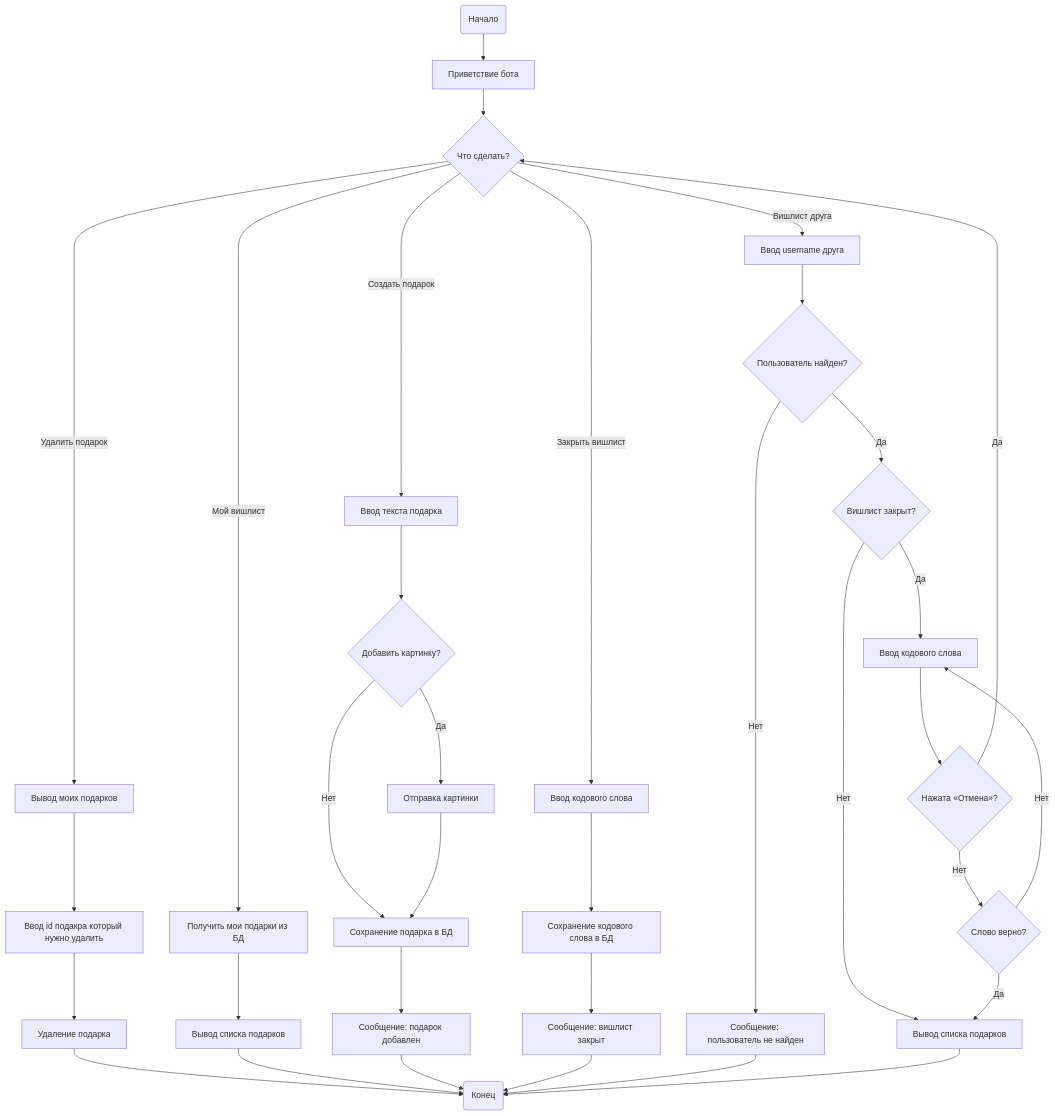
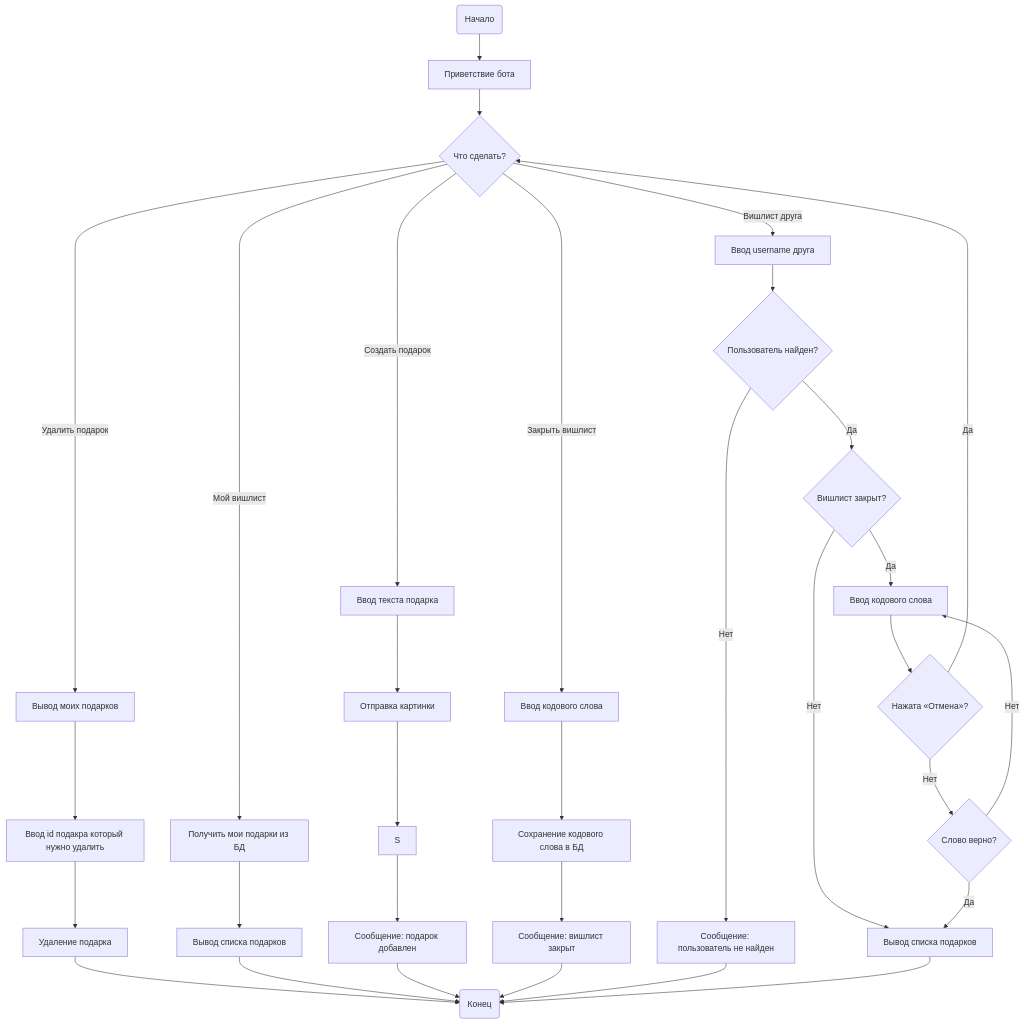
One commit to Dunwitch666/Wish-list-telegram-bot changed the diagram in README.md. Above: the diagram before and after it, drawn with Mermaid.

Commit message:
Revorked the add new gift scenary in the readme

````diff
--- a/README.md
+++ b/README.md
@@ -10,45 +10,43 @@
 ```mermaid
 flowchart TD
     Start(Начало) --> A[Приветствие бота]
     A --> B{Что сделать?}
 
     B --> |Мой вишлист| C[Получить мои подарки из БД]
     B --> |Вишлист друга| D[Ввод username друга]
     B --> |Создать подарок| K[Ввод текста подарка]
     B --> |Закрыть вишлист| L[Ввод кодового слова]
     B --> |Удалить подарок| AA[Вывод моих подарков]
 
     AA --> AB[Ввод id подакра который нужно удалить]
     AB --> AC[Удаление подарка]
     AC --> End
 
     C --> M[Вывод списка подарков]
 
-    K --> Q{Добавить картинку?}
-    Q --> |Да| R[Отправка картинки]
-    Q --> |Нет| S[Сохранение подарка в БД]
+    K --> R[Отправка картинки]
     R --> S
     S --> T["Сообщение: подарок добавлен"]
 
     L --> U[Сохранение кодового слова в БД]
     U --> V["Сообщение: вишлист закрыт"]
 
     D --> X{Пользователь найден?}
     X --> |Нет| Y["Сообщение: пользователь не найден"]
     X --> |Да| E{Вишлист закрыт?}
 
     E --> |Нет| F[Вывод списка подарков]
     E --> |Да| J[Ввод кодового слова]
 
     J --> W{"Нажата «Отмена»?"}
     W --> |Да| B
     W --> |Нет| H{Слово верно?}
     H --> |Да| F
     H --> |Нет| J
 
     M --> End(Конец)
     T --> End
     V --> End
     Y --> End
     F --> End
 ```
````
